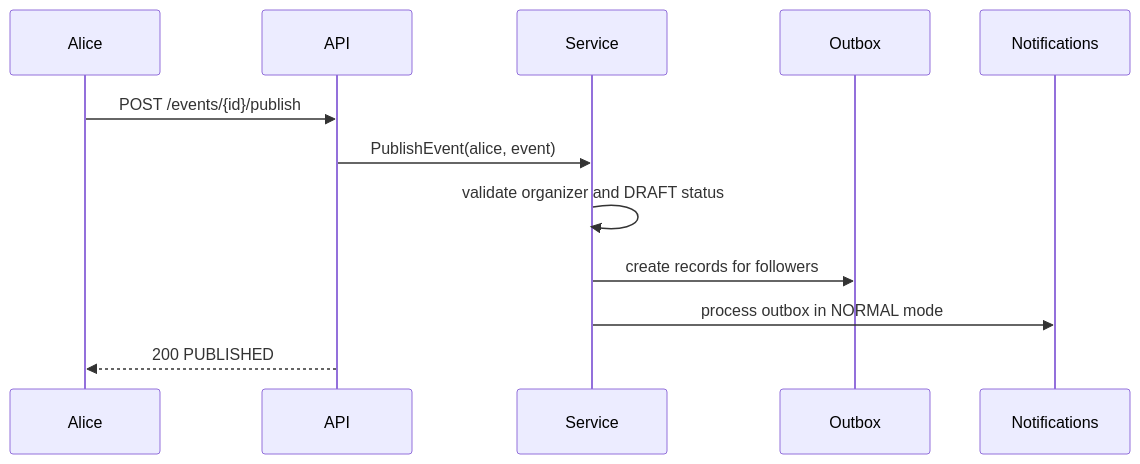
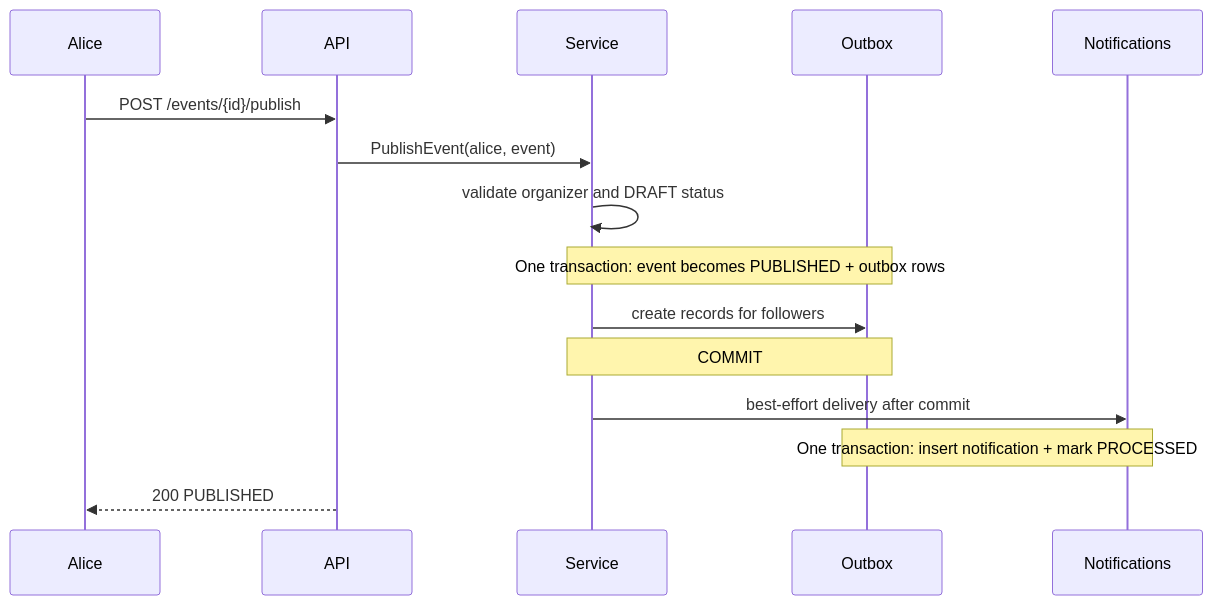
Before and after one commit to dmgoldberg1/Gatherly: the first of 3 diagrams in docs/sequence-diagram.md, drawn with Mermaid. The commit also changed other lines of this file and 64 other files, not shown here.

````diff
--- a/docs/sequence-diagram.md
+++ b/docs/sequence-diagram.md
@@ -5,15 +5,18 @@
 ```mermaid
 sequenceDiagram
     participant Alice
     participant API
     participant Service
     participant Outbox
     participant Notifications
 
     Alice->>API: POST /events/{id}/publish
     API->>Service: PublishEvent(alice, event)
     Service->>Service: validate organizer and DRAFT status
+    Note over Service,Outbox: One transaction: event becomes PUBLISHED + outbox rows
     Service->>Outbox: create records for followers
-    Service->>Notifications: process outbox in NORMAL mode
+    Note over Service,Outbox: COMMIT
+    Service->>Notifications: best-effort delivery after commit
+    Note over Outbox,Notifications: One transaction: insert notification + mark PROCESSED
     API-->>Alice: 200 PUBLISHED
 ```
````
